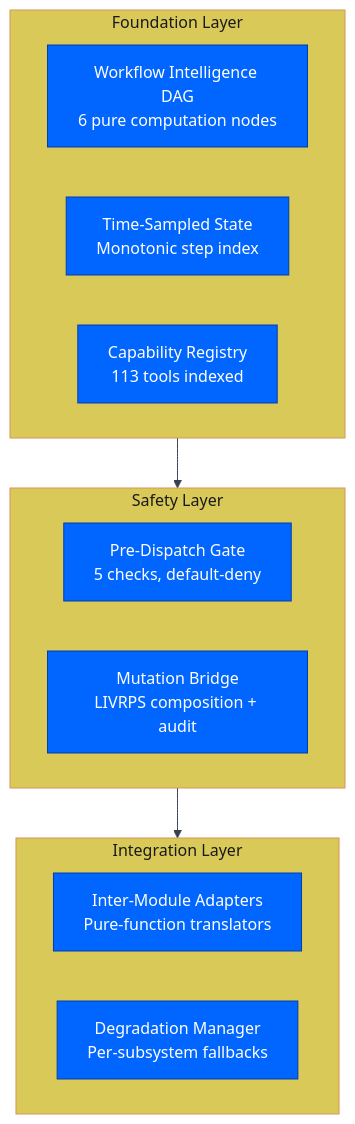
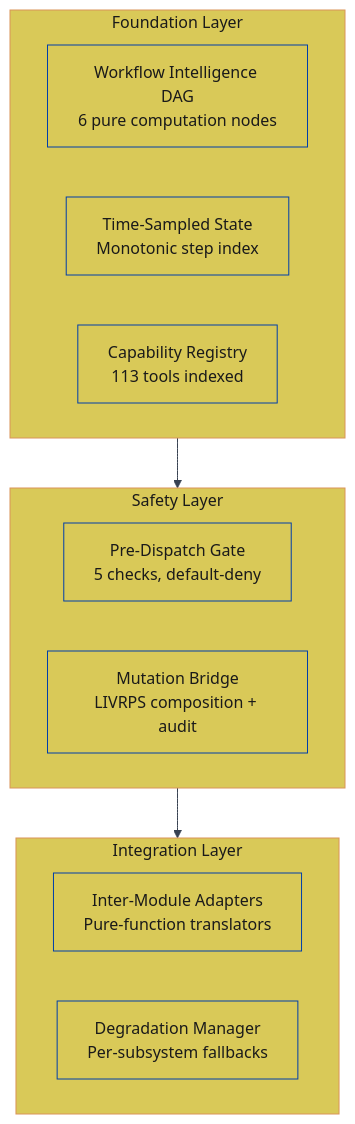
Diagram 17 of 27 in README.md (JosephOIbrahim/Comfy-Cozy), drawn with Mermaid before and after one commit. The commit also changed other lines of this file, not shown here.

First line of the commit message:
[DOCS] Normalize mermaid palette: force two-tone orange/yellow with black text

````diff
--- a/README.md
+++ b/README.md
@@ -804,25 +866,32 @@
 ```mermaid
 %%{init: {'theme':'base','themeVariables': {'primaryColor':'#0066FF','primaryTextColor':'#ffffff','primaryBorderColor':'#003eaa','lineColor':'#374151','secondaryColor':'#374151','tertiaryColor':'#1f2937','fontFamily':'monospace'}}}%%
 graph TB
     subgraph Foundation ["Foundation Layer"]
         DAG["Workflow Intelligence DAG<br/>6 pure computation nodes"]
         OBS["Time-Sampled State<br/>Monotonic step index"]
         CAP["Capability Registry<br/>113 tools indexed"]
     end
 
     subgraph Safety ["Safety Layer"]
         GATE["Pre-Dispatch Gate<br/>5 checks, default-deny"]
         BRIDGE["Mutation Bridge<br/>LIVRPS composition + audit"]
     end
 
     subgraph Integration ["Integration Layer"]
         ADAPT["Inter-Module Adapters<br/>Pure-function translators"]
         DEGRADE["Degradation Manager<br/>Per-subsystem fallbacks"]
     end
 
     Foundation --> Safety --> Integration
 
     style Foundation fill:#d9c958,color:#1a1a1a,stroke:#d99458
     style Safety fill:#d9c958,color:#1a1a1a,stroke:#d99458
     style Integration fill:#d9c958,color:#1a1a1a,stroke:#d99458
+    style DAG fill:#d9c958,color:#1a1a1a
+    style OBS fill:#d9c958,color:#1a1a1a
+    style CAP fill:#d9c958,color:#1a1a1a
+    style GATE fill:#d9c958,color:#1a1a1a
+    style BRIDGE fill:#d9c958,color:#1a1a1a
+    style ADAPT fill:#d9c958,color:#1a1a1a
+    style DEGRADE fill:#d9c958,color:#1a1a1a
 ```
````
